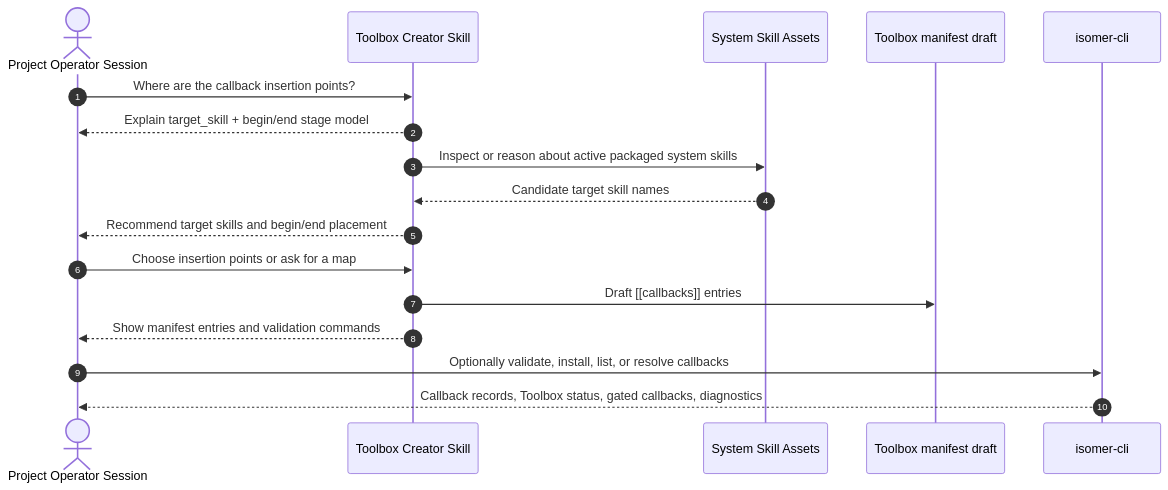
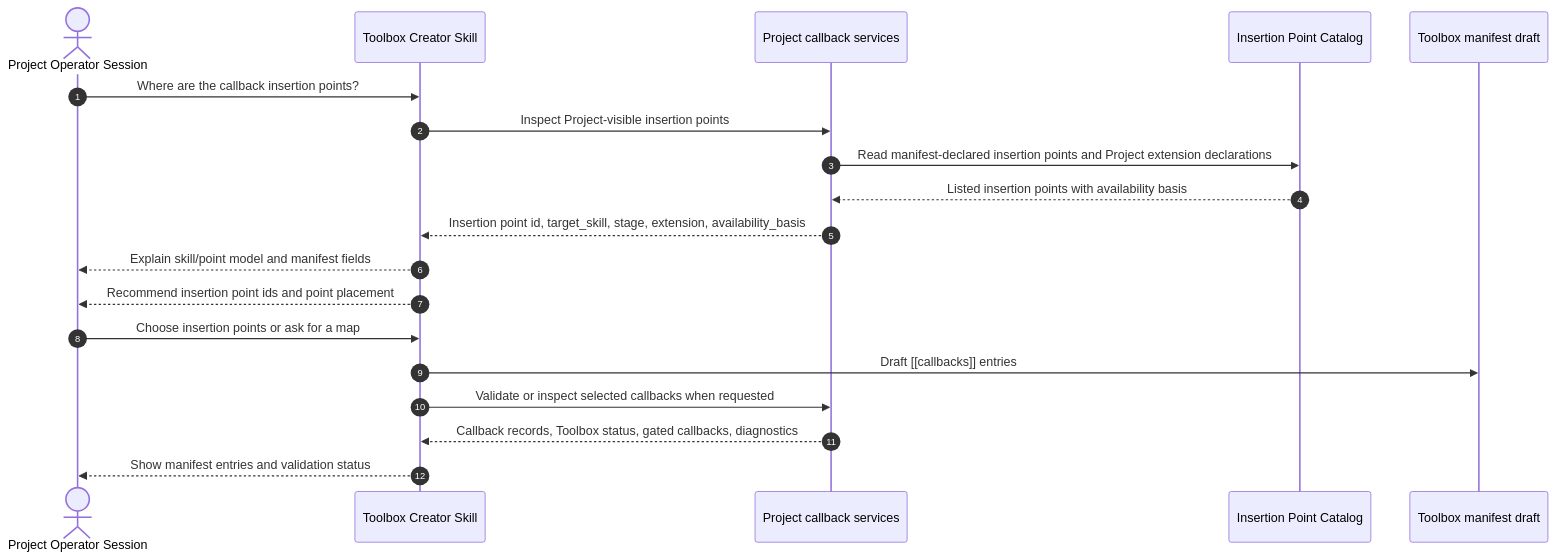
The second of 2 diagrams in context/features/2026-07-08-toolbox-creator-skill/usecases/uc-01-identify-toolbox-callback-insertion-points.md (CodeGandee/isomer-labs), drawn with Mermaid before and after one commit. The commit also changed other lines of this file and 24 other files, not shown here.

Commit message:
feat: unify toolbox install flow

````diff
--- a/context/features/2026-07-08-toolbox-creator-skill/usecases/uc-01-identify-toolbox-callback-insertion-points.md
+++ b/context/features/2026-07-08-toolbox-creator-skill/usecases/uc-01-identify-toolbox-callback-insertion-points.md
@@ -145,20 +152,22 @@
 ```mermaid
 sequenceDiagram
   autonumber
   actor User as Project Operator Session
   participant Skill as Toolbox Creator Skill
-  participant Assets as System Skill Assets
+  participant Services as Project callback services
+  participant Catalog as Insertion Point Catalog
   participant Manifest as Toolbox manifest draft
-  participant CLI as isomer-cli
 
   User->>Skill: Where are the callback insertion points?
-  Skill-->>User: Explain target_skill + begin/end stage model
-  Skill->>Assets: Inspect or reason about active packaged system skills
-  Assets-->>Skill: Candidate target skill names
-  Skill-->>User: Recommend target skills and begin/end placement
+  Skill->>Services: Inspect Project-visible insertion points
+  Services->>Catalog: Read manifest-declared insertion points and Project extension declarations
+  Catalog-->>Services: Listed insertion points with availability basis
+  Services-->>Skill: Insertion point id, target_skill, stage, extension, availability_basis
+  Skill-->>User: Explain skill/point model and manifest fields
+  Skill-->>User: Recommend insertion point ids and point placement
   User->>Skill: Choose insertion points or ask for a map
   Skill->>Manifest: Draft [[callbacks]] entries
-  Skill-->>User: Show manifest entries and validation commands
-  User->>CLI: Optionally validate, install, list, or resolve callbacks
-  CLI-->>User: Callback records, Toolbox status, gated callbacks, diagnostics
+  Skill->>Services: Validate or inspect selected callbacks when requested
+  Services-->>Skill: Callback records, Toolbox status, gated callbacks, diagnostics
+  Skill-->>User: Show manifest entries and validation status
 ```
````
